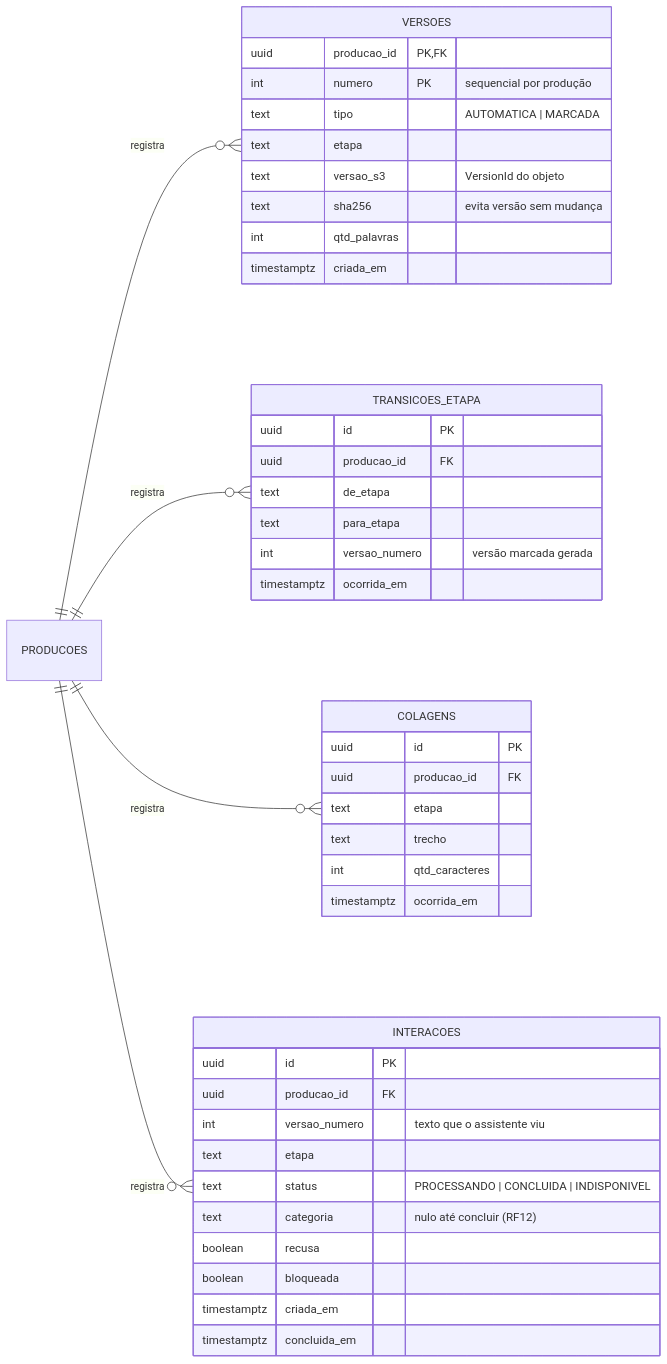
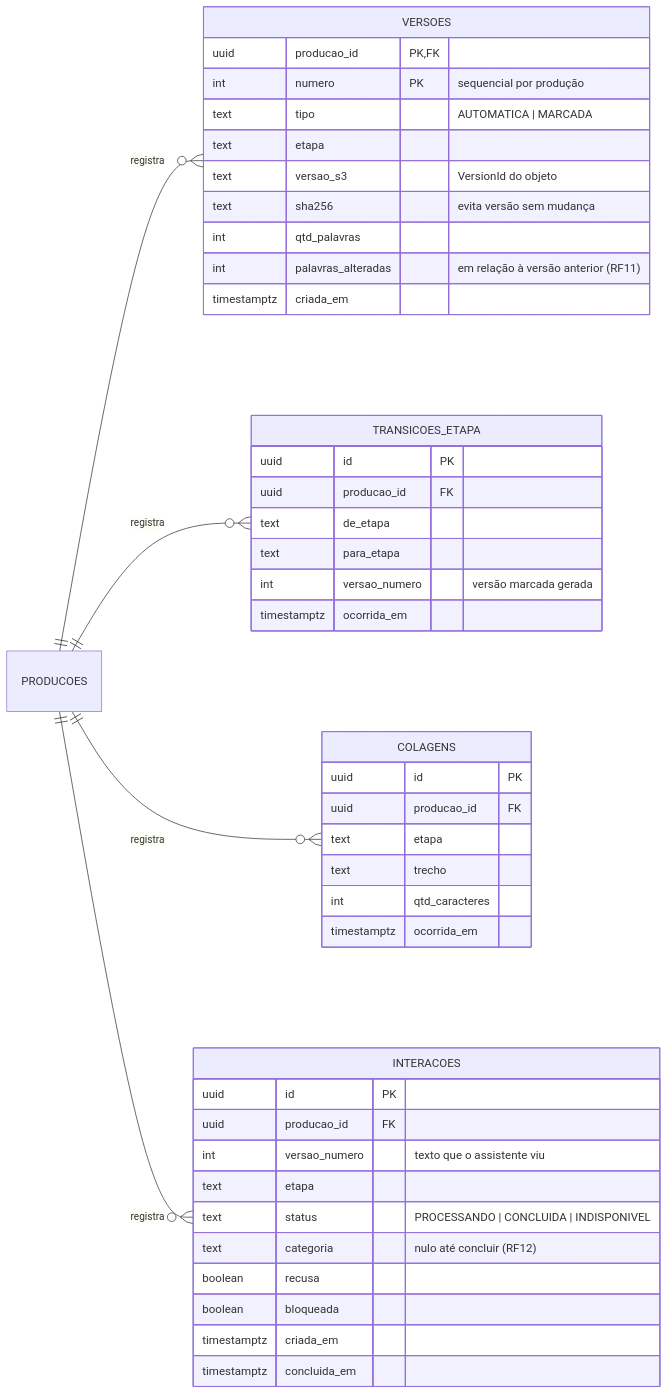
Before and after one commit to danilo-sgalvao/PI26-assist-escrita-proc: the second of 2 diagrams in docs/arquitetura/modelo-de-dados-e-api.md, drawn with Mermaid. The commit also changed other lines of this file and 1 other file, not shown here.

````diff
--- a/docs/arquitetura/modelo-de-dados-e-api.md
+++ b/docs/arquitetura/modelo-de-dados-e-api.md
@@ -109,46 +109,47 @@
 ```mermaid
 erDiagram
   direction LR
   PRODUCOES ||--o{ VERSOES : registra
   PRODUCOES ||--o{ TRANSICOES_ETAPA : registra
   PRODUCOES ||--o{ COLAGENS : registra
   PRODUCOES ||--o{ INTERACOES : registra
   VERSOES {
     uuid producao_id PK, FK
     int numero PK "sequencial por produção"
     text tipo "AUTOMATICA | MARCADA"
     text etapa
     text versao_s3 "VersionId do objeto"
     text sha256 "evita versão sem mudança"
     int qtd_palavras
+    int palavras_alteradas "em relação à versão anterior (RF11)"
     timestamptz criada_em
   }
   TRANSICOES_ETAPA {
     uuid id PK
     uuid producao_id FK
     text de_etapa
     text para_etapa
     int versao_numero "versão marcada gerada"
     timestamptz ocorrida_em
   }
   COLAGENS {
     uuid id PK
     uuid producao_id FK
     text etapa
     text trecho
     int qtd_caracteres
     timestamptz ocorrida_em
   }
   INTERACOES {
     uuid id PK
     uuid producao_id FK
     int versao_numero "texto que o assistente viu"
     text etapa
     text status "PROCESSANDO | CONCLUIDA | INDISPONIVEL"
     text categoria "nulo até concluir (RF12)"
     boolean recusa
     boolean bloqueada
     timestamptz criada_em
     timestamptz concluida_em
   }
 ```
````
